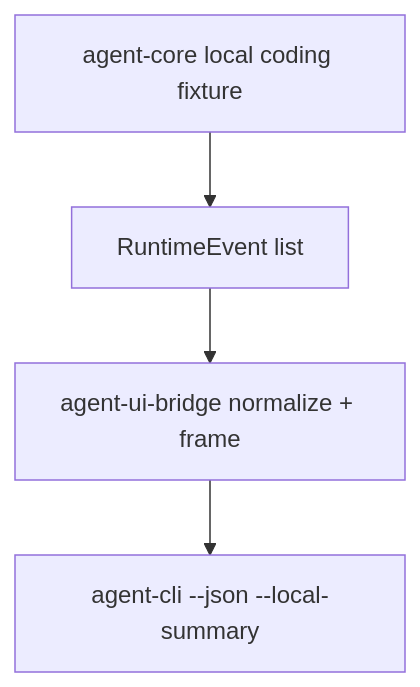
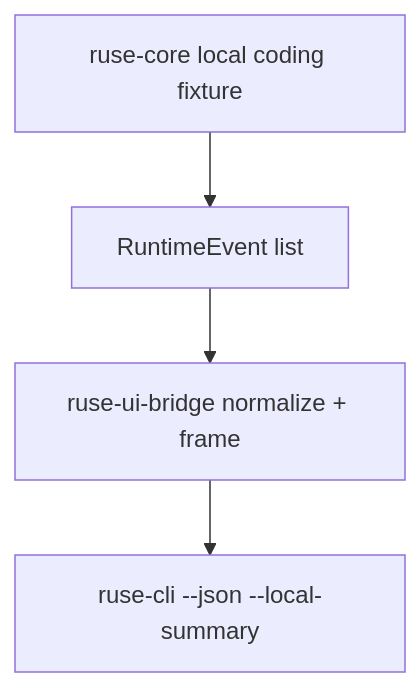
One commit to poneding/agent changed the diagram in docs/specs/M06-03-cli-json-mode.spec.md. Above: the diagram before and after it, drawn with Mermaid. The commit also changed other lines of this file and 2091 other files, not shown here.

First line of the commit message:
refactor: rename agent branding to ruse

````diff
--- a/docs/specs/M06-03-cli-json-mode.spec.md
+++ b/docs/specs/M06-03-cli-json-mode.spec.md
@@ -33,6 +33,6 @@
 ```mermaid
 flowchart TD
-  core["agent-core local coding fixture"] --> events["RuntimeEvent list"]
-  events --> bridge["agent-ui-bridge normalize + frame"]
-  bridge --> cli["agent-cli --json --local-summary"]
+  core["ruse-core local coding fixture"] --> events["RuntimeEvent list"]
+  events --> bridge["ruse-ui-bridge normalize + frame"]
+  bridge --> cli["ruse-cli --json --local-summary"]
 ```
````
